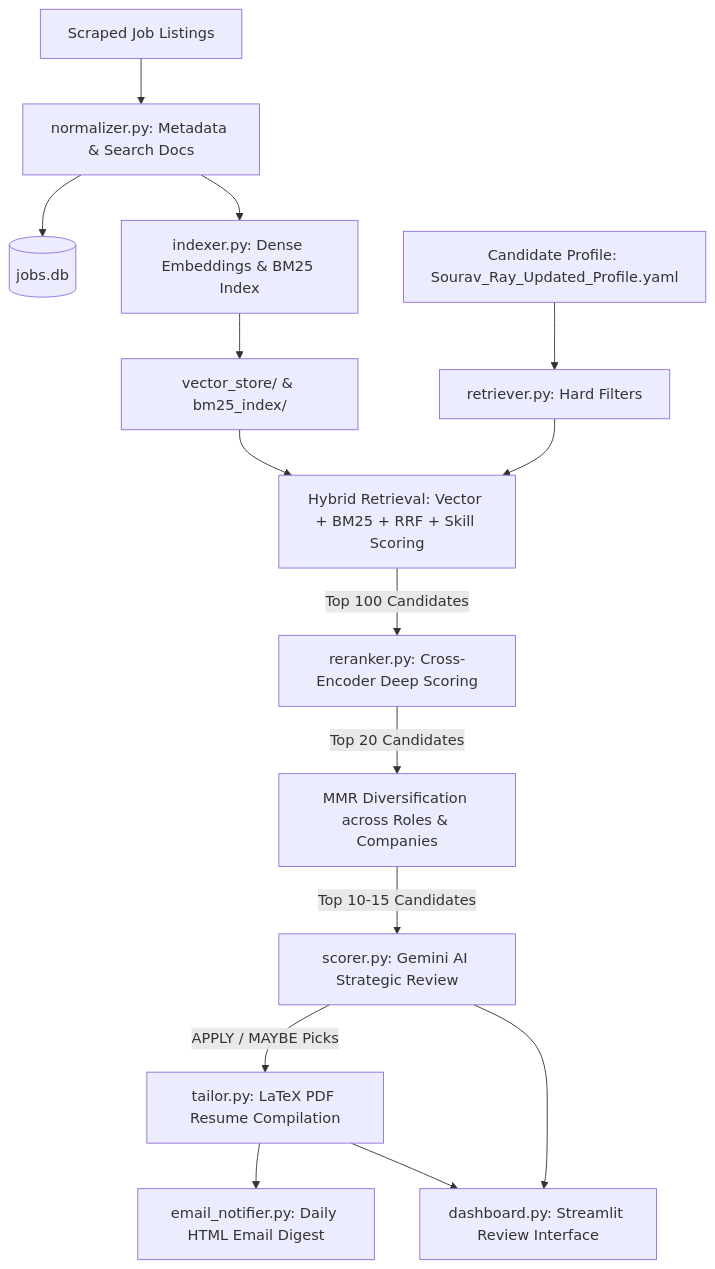
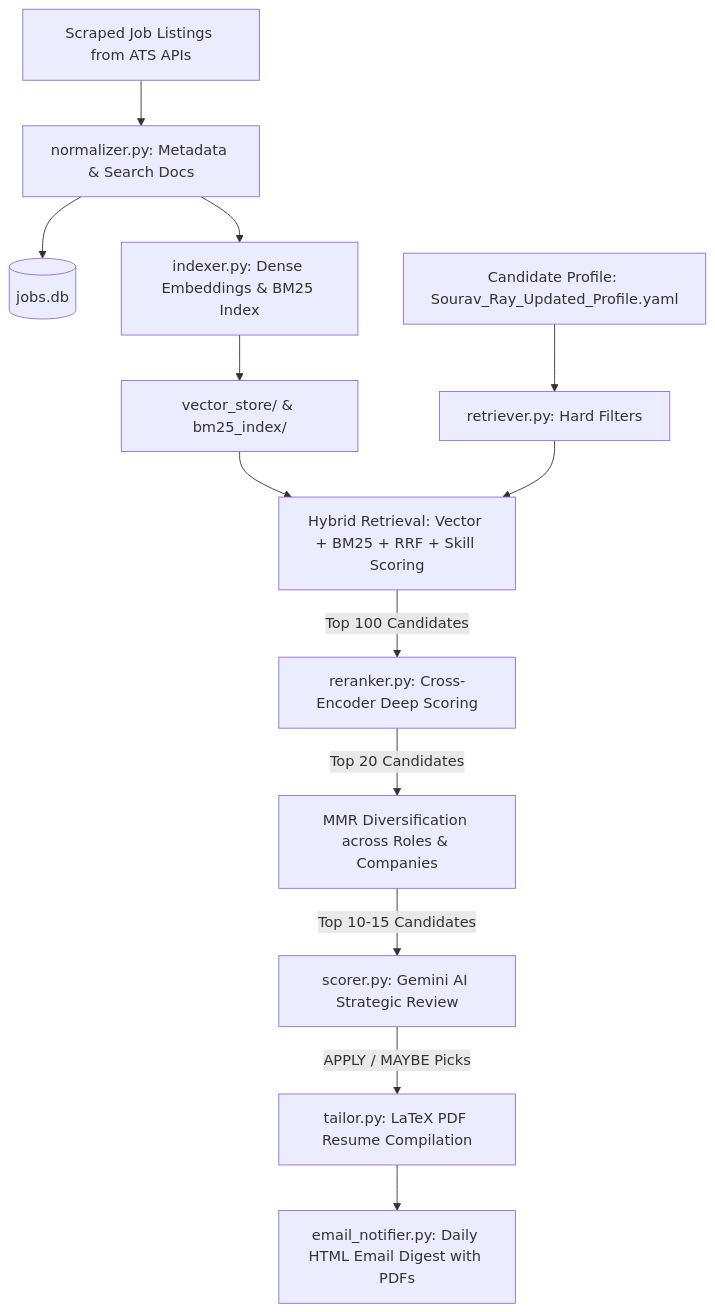
The diagram in README.md (SouravRay17/job-discovery-assistant), drawn with Mermaid before and after one commit. The commit also changed other lines of this file and 9 other files, not shown here.

Commit message:
Remove dashboard and WhatsApp components; streamline automated ATS API ETL pipeline

````diff
--- a/README.md
+++ b/README.md
@@ -9,16 +9,15 @@
 ```mermaid
 flowchart TD
-    A[Scraped Job Listings] --> B[normalizer.py: Metadata & Search Docs]
+    A[Scraped Job Listings from ATS APIs] --> B[normalizer.py: Metadata & Search Docs]
     B --> C[(jobs.db)]
     B --> D[indexer.py: Dense Embeddings & BM25 Index]
     D --> E[vector_store/ & bm25_index/]
     
     F[Candidate Profile: Sourav_Ray_Updated_Profile.yaml] --> G[retriever.py: Hard Filters]
     E & G --> H[Hybrid Retrieval: Vector + BM25 + RRF + Skill Scoring]
     H -->|Top 100 Candidates| I[reranker.py: Cross-Encoder Deep Scoring]
     I -->|Top 20 Candidates| J[MMR Diversification across Roles & Companies]
     J -->|Top 10-15 Candidates| K[scorer.py: Gemini AI Strategic Review]
     K -->|APPLY / MAYBE Picks| L[tailor.py: LaTeX PDF Resume Compilation]
-    L --> M[email_notifier.py: Daily HTML Email Digest]
-    L & K --> N[dashboard.py: Streamlit Review Interface]
+    L --> M[email_notifier.py: Daily HTML Email Digest with PDFs]
 ```
````
